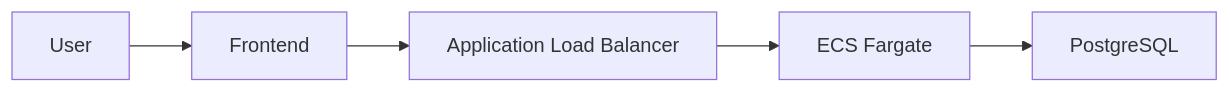
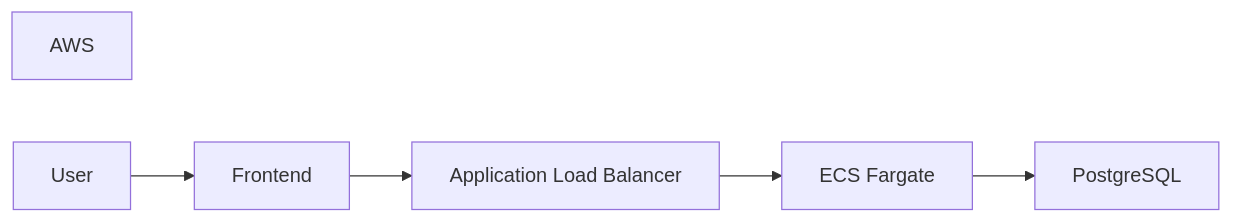
One commit to RildoDias08/TestandoAws changed the second of 2 diagrams in README.md. Above: the diagram before and after it, drawn with Mermaid. The commit also changed other lines of this file, not shown here.

First line of the commit message:
Update README with application architecture diagrams

````diff
--- a/README.md
+++ b/README.md
@@ -16,8 +24,9 @@
 ```mermaid
 flowchart LR
+AWS
     User --> S3[Frontend]
     S3 --> ALB[Application Load Balancer]
     ALB --> ECS[ECS Fargate]
     ECS --> RDS[PostgreSQL]
 
 ```
````
